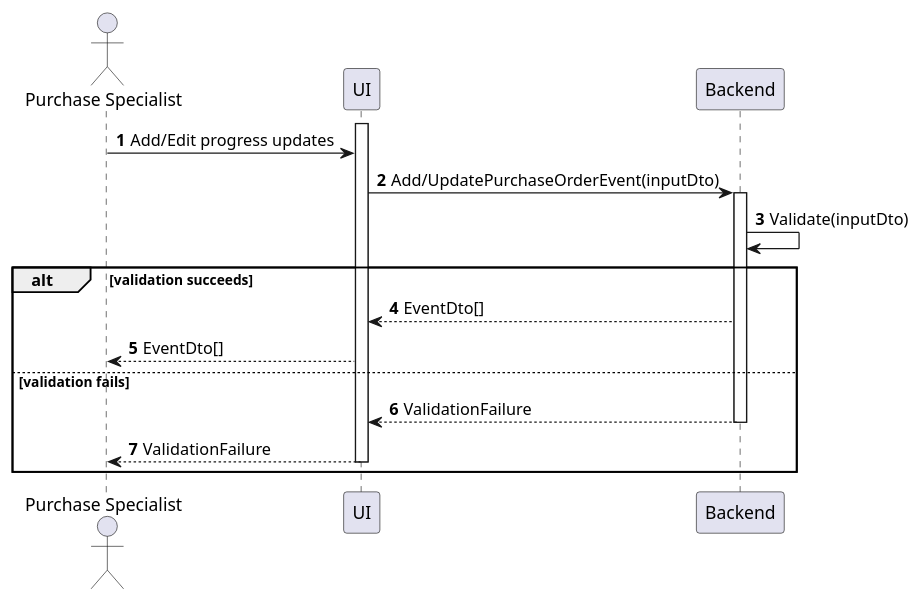
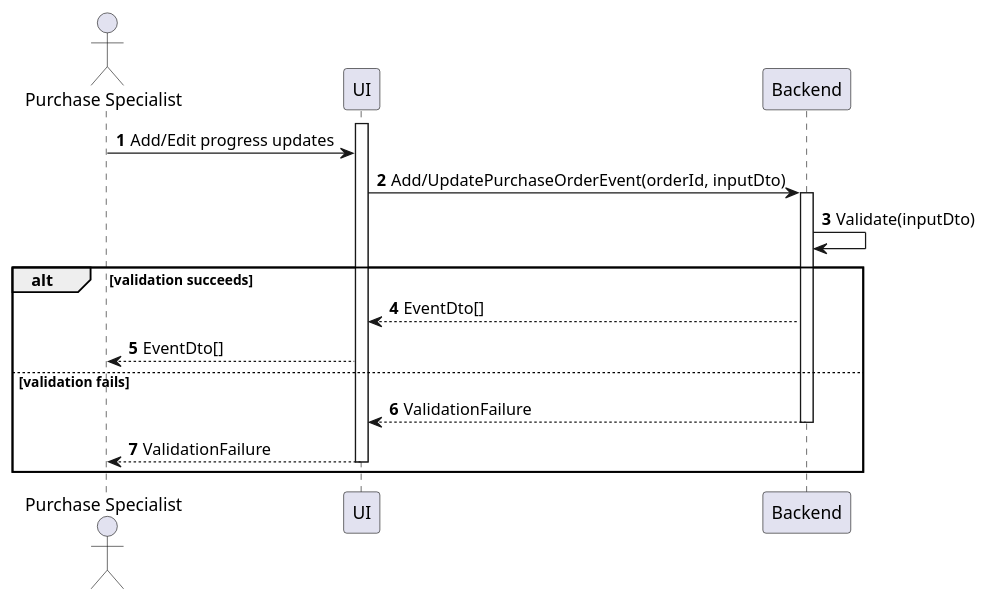
One commit to phihungha/scmss-reqs changed the diagram in sequences/purchase-order-update-progress.plantuml. Above: the diagram before and after it, drawn with PlantUML. The commit also changed 19 other files, not shown here.

```diff
--- a/sequences/purchase-order-update-progress.plantuml
+++ b/sequences/purchase-order-update-progress.plantuml
@@ -1,22 +1,22 @@
 @startuml purchase-order-update-progress
 autonumber
 
 actor "Purchase Specialist" as a
 participant UI as f
 participant Backend as b
 
 activate f
 a -> f : Add/Edit progress updates
-f -> b : Add/UpdatePurchaseOrderEvent(inputDto)
+f -> b : Add/UpdatePurchaseOrderEvent(orderId, inputDto)
 activate b
 b -> b : Validate(inputDto)
 
 alt validation succeeds
     b --> f : EventDto[]
     f --> a : EventDto[]
 else validation fails
     return ValidationFailure
     f --> a : ValidationFailure
     deactivate f
 end
 @enduml
```
